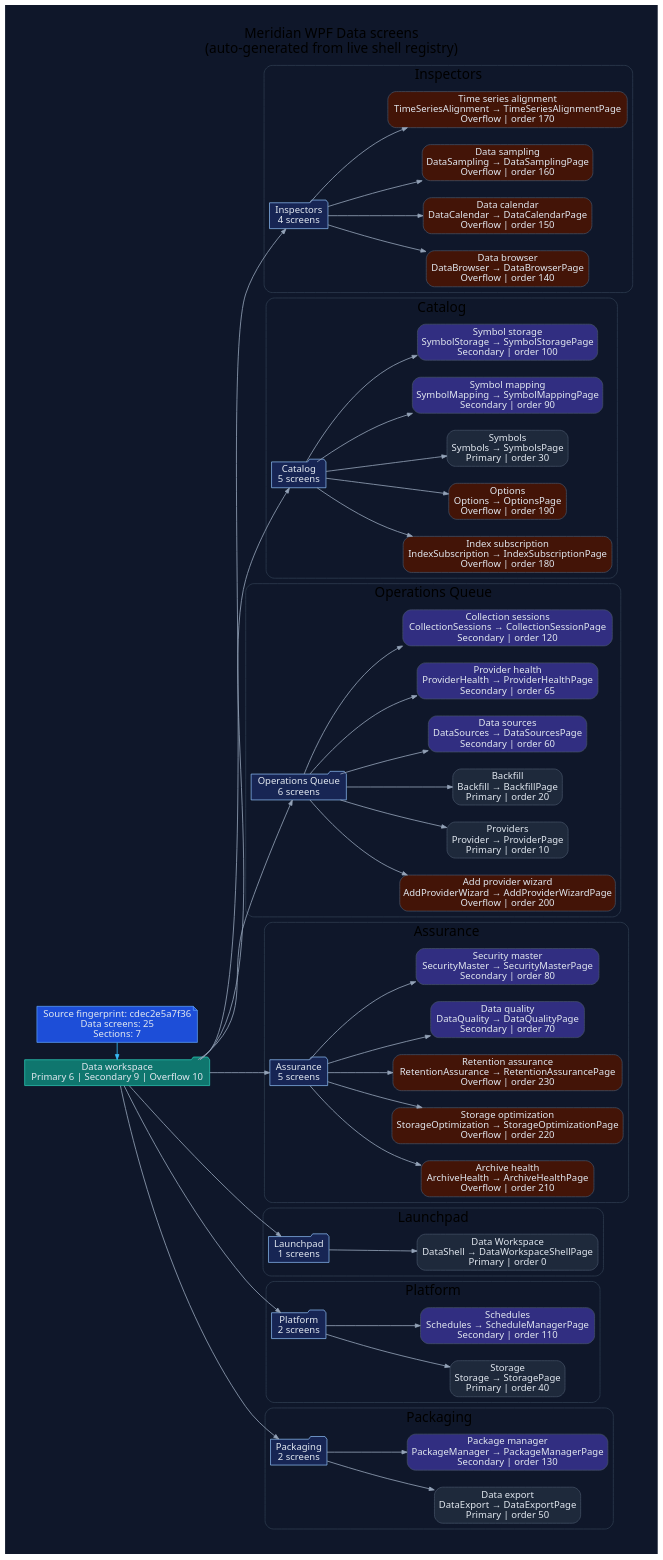
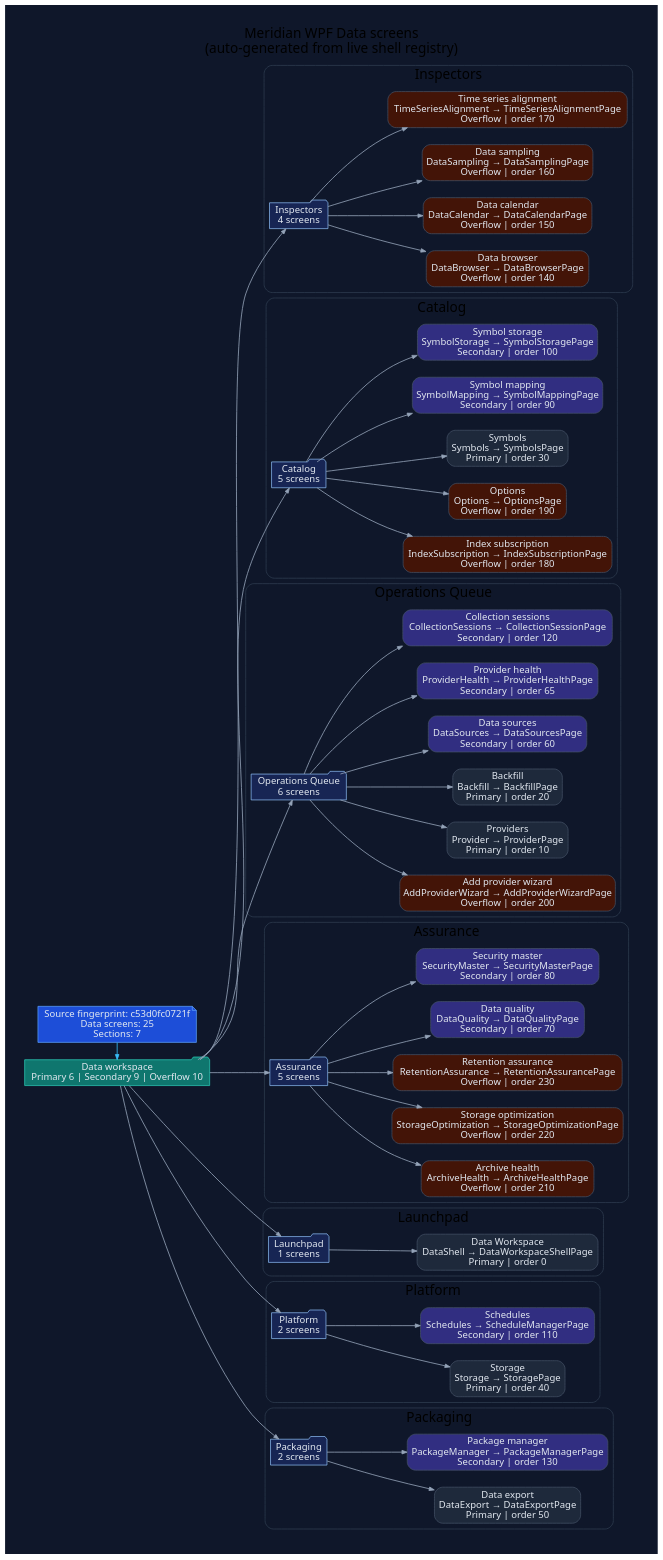
One commit to rodoHasArrived/Meridian-main changed the diagram in docs/diagrams/ui/ui-wpf-screens-data.dot. Above: the diagram before and after it, drawn with Graphviz. The commit also changed 47 other files, not shown here.

```diff
--- a/docs/diagrams/ui/ui-wpf-screens-data.dot
+++ b/docs/diagrams/ui/ui-wpf-screens-data.dot
@@ -1,132 +1,132 @@
 // -----------------------------------------------------------------------------
 // <auto-generated>
 // Generated by scripts/generate-diagrams.mjs.
 // Do not edit this file directly; update the WPF source files instead.
 // -----------------------------------------------------------------------------
 digraph WpfDataScreens {
   graph [
     rankdir=LR,
     labelloc=t,
     label="Meridian WPF Data screens\n(auto-generated from live shell registry)",
     fontname="Segoe UI",
     fontsize=20,
     pad=0.4,
     nodesep=0.35,
     ranksep=0.85,
     bgcolor="#0f172a"
   ];
   node [fontname="Segoe UI", shape=box, style="rounded,filled", color="#475569", fontcolor="#e2e8f0", fillcolor="#1e293b"];
   edge [fontname="Segoe UI", color="#94a3b8", penwidth=1.2, arrowsize=0.75];
 
-  generated [shape=note, fillcolor="#1d4ed8", color="#60a5fa", label="Source fingerprint: cdec2e5a7f36\nData screens: 25\nSections: 7"];
+  generated [shape=note, fillcolor="#1d4ed8", color="#60a5fa", label="Source fingerprint: c53d0fc0721f\nData screens: 25\nSections: 7"];
   workspace [shape=folder, fillcolor="#0f766e", color="#2dd4bf", label="Data workspace\nPrimary 6 | Secondary 9 | Overflow 10"];
   generated -> workspace [color="#38bdf8"];
 
   subgraph cluster_section_1 {
     label="Inspectors";
     color="#334155";
     style="rounded";
     section_1 [shape=folder, fillcolor="#172554", color="#93c5fd", label="Inspectors\n4 screens"];
     workspace -> section_1;
     screen_DataBrowser [fillcolor="#431407", label="Data browser\nDataBrowser → DataBrowserPage\nOverflow | order 140"];
     section_1 -> screen_DataBrowser;
     screen_DataCalendar [fillcolor="#431407", label="Data calendar\nDataCalendar → DataCalendarPage\nOverflow | order 150"];
     section_1 -> screen_DataCalendar;
     screen_DataSampling [fillcolor="#431407", label="Data sampling\nDataSampling → DataSamplingPage\nOverflow | order 160"];
     section_1 -> screen_DataSampling;
     screen_TimeSeriesAlignment [fillcolor="#431407", label="Time series alignment\nTimeSeriesAlignment → TimeSeriesAlignmentPage\nOverflow | order 170"];
     section_1 -> screen_TimeSeriesAlignment;
   }
 
   subgraph cluster_section_2 {
     label="Catalog";
     color="#334155";
     style="rounded";
     section_2 [shape=folder, fillcolor="#172554", color="#93c5fd", label="Catalog\n5 screens"];
     workspace -> section_2;
     screen_IndexSubscription [fillcolor="#431407", label="Index subscription\nIndexSubscription → IndexSubscriptionPage\nOverflow | order 180"];
     section_2 -> screen_IndexSubscription;
     screen_Options [fillcolor="#431407", label="Options\nOptions → OptionsPage\nOverflow | order 190"];
     section_2 -> screen_Options;
     screen_Symbols [fillcolor="#1e293b", label="Symbols\nSymbols → SymbolsPage\nPrimary | order 30"];
     section_2 -> screen_Symbols;
     screen_SymbolMapping [fillcolor="#312e81", label="Symbol mapping\nSymbolMapping → SymbolMappingPage\nSecondary | order 90"];
     section_2 -> screen_SymbolMapping;
     screen_SymbolStorage [fillcolor="#312e81", label="Symbol storage\nSymbolStorage → SymbolStoragePage\nSecondary | order 100"];
     section_2 -> screen_SymbolStorage;
   }
 
   subgraph cluster_section_3 {
     label="Operations Queue";
     color="#334155";
     style="rounded";
     section_3 [shape=folder, fillcolor="#172554", color="#93c5fd", label="Operations Queue\n6 screens"];
     workspace -> section_3;
     screen_AddProviderWizard [fillcolor="#431407", label="Add provider wizard\nAddProviderWizard → AddProviderWizardPage\nOverflow | order 200"];
     section_3 -> screen_AddProviderWizard;
     screen_Provider [fillcolor="#1e293b", label="Providers\nProvider → ProviderPage\nPrimary | order 10"];
     section_3 -> screen_Provider;
     screen_Backfill [fillcolor="#1e293b", label="Backfill\nBackfill → BackfillPage\nPrimary | order 20"];
     section_3 -> screen_Backfill;
     screen_DataSources [fillcolor="#312e81", label="Data sources\nDataSources → DataSourcesPage\nSecondary | order 60"];
     section_3 -> screen_DataSources;
     screen_ProviderHealth [fillcolor="#312e81", label="Provider health\nProviderHealth → ProviderHealthPage\nSecondary | order 65"];
     section_3 -> screen_ProviderHealth;
     screen_CollectionSessions [fillcolor="#312e81", label="Collection sessions\nCollectionSessions → CollectionSessionPage\nSecondary | order 120"];
     section_3 -> screen_CollectionSessions;
   }
 
   subgraph cluster_section_4 {
     label="Assurance";
     color="#334155";
     style="rounded";
     section_4 [shape=folder, fillcolor="#172554", color="#93c5fd", label="Assurance\n5 screens"];
     workspace -> section_4;
     screen_ArchiveHealth [fillcolor="#431407", label="Archive health\nArchiveHealth → ArchiveHealthPage\nOverflow | order 210"];
     section_4 -> screen_ArchiveHealth;
     screen_StorageOptimization [fillcolor="#431407", label="Storage optimization\nStorageOptimization → StorageOptimizationPage\nOverflow | order 220"];
     section_4 -> screen_StorageOptimization;
     screen_RetentionAssurance [fillcolor="#431407", label="Retention assurance\nRetentionAssurance → RetentionAssurancePage\nOverflow | order 230"];
     section_4 -> screen_RetentionAssurance;
     screen_DataQuality [fillcolor="#312e81", label="Data quality\nDataQuality → DataQualityPage\nSecondary | order 70"];
     section_4 -> screen_DataQuality;
     screen_SecurityMaster [fillcolor="#312e81", label="Security master\nSecurityMaster → SecurityMasterPage\nSecondary | order 80"];
     section_4 -> screen_SecurityMaster;
   }
 
   subgraph cluster_section_5 {
     label="Launchpad";
     color="#334155";
     style="rounded";
     section_5 [shape=folder, fillcolor="#172554", color="#93c5fd", label="Launchpad\n1 screens"];
     workspace -> section_5;
     screen_DataShell [fillcolor="#1e293b", label="Data Workspace\nDataShell → DataWorkspaceShellPage\nPrimary | order 0"];
     section_5 -> screen_DataShell;
   }
 
   subgraph cluster_section_6 {
     label="Platform";
     color="#334155";
     style="rounded";
     section_6 [shape=folder, fillcolor="#172554", color="#93c5fd", label="Platform\n2 screens"];
     workspace -> section_6;
     screen_Storage [fillcolor="#1e293b", label="Storage\nStorage → StoragePage\nPrimary | order 40"];
     section_6 -> screen_Storage;
     screen_Schedules [fillcolor="#312e81", label="Schedules\nSchedules → ScheduleManagerPage\nSecondary | order 110"];
     section_6 -> screen_Schedules;
   }
 
   subgraph cluster_section_7 {
     label="Packaging";
     color="#334155";
     style="rounded";
     section_7 [shape=folder, fillcolor="#172554", color="#93c5fd", label="Packaging\n2 screens"];
     workspace -> section_7;
     screen_DataExport [fillcolor="#1e293b", label="Data export\nDataExport → DataExportPage\nPrimary | order 50"];
     section_7 -> screen_DataExport;
     screen_PackageManager [fillcolor="#312e81", label="Package manager\nPackageManager → PackageManagerPage\nSecondary | order 130"];
     section_7 -> screen_PackageManager;
   }
 
   { rank=min; generated; workspace; }
 }
```
